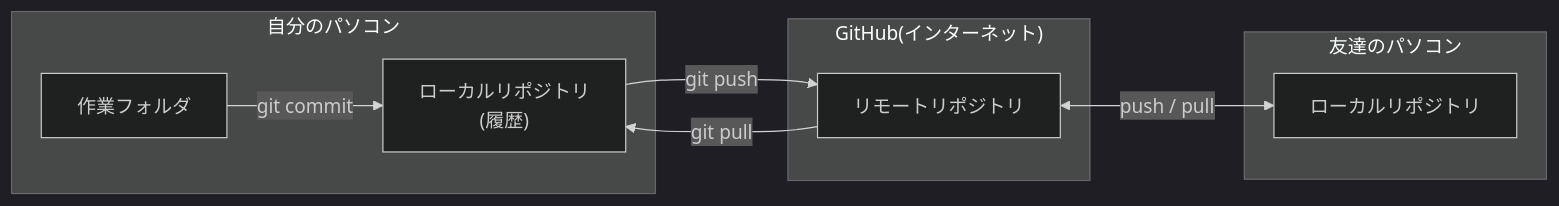
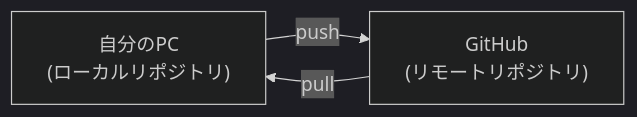
The diagram in docs/00-introduction.md (naparan/test), drawn with Mermaid (dark theme) before and after one commit. The commit also changed other lines of this file and 9 other files, not shown here.

````diff
--- a/docs/00-introduction.md
+++ b/docs/00-introduction.md
@@ -43,15 +9,5 @@
 ```mermaid
 flowchart LR
-    subgraph PC["自分のパソコン"]
-        A["作業フォルダ"] -->|git commit| B["ローカルリポジトリ<br/>(履歴)"]
-    end
-    subgraph Web["GitHub(インターネット)"]
-        C["リモートリポジトリ"]
-    end
-    B -->|git push| C
-    C -->|git pull| B
-    subgraph PC2["友達のパソコン"]
-        D["ローカルリポジトリ"]
-    end
-    C <-->|push / pull| D
+    A["自分のPC<br/>(ローカルリポジトリ)"] -->|push| B["GitHub<br/>(リモートリポジトリ)"]
+    B -->|pull| A
 ```
````
